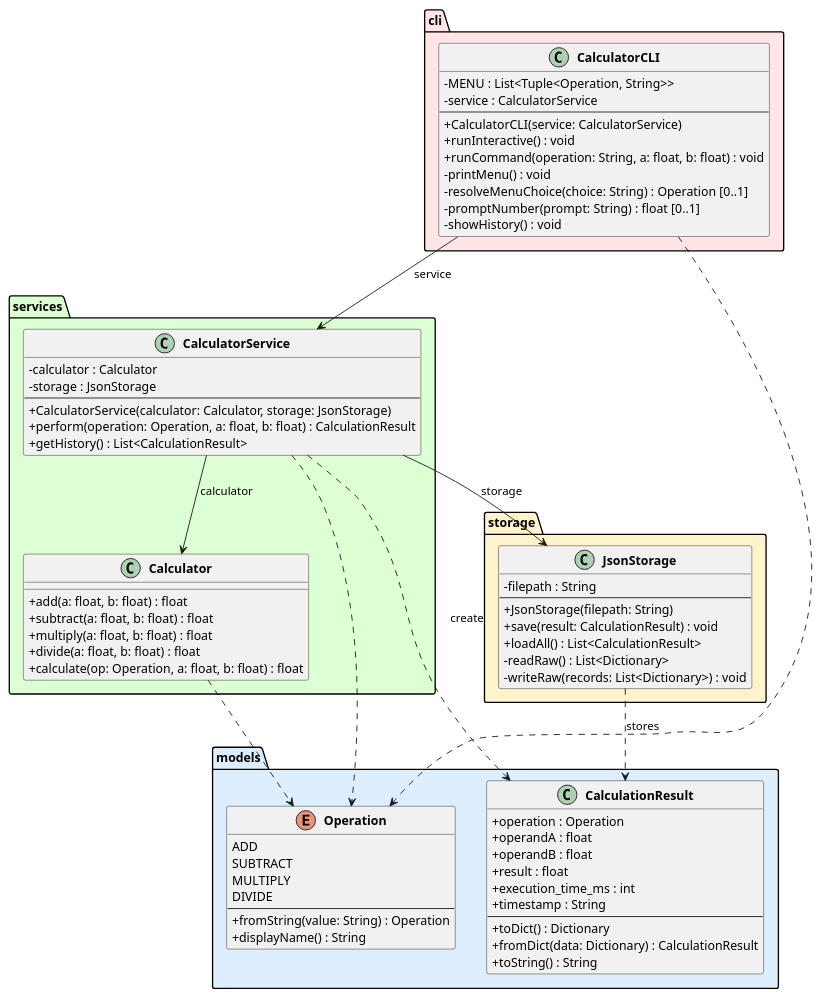
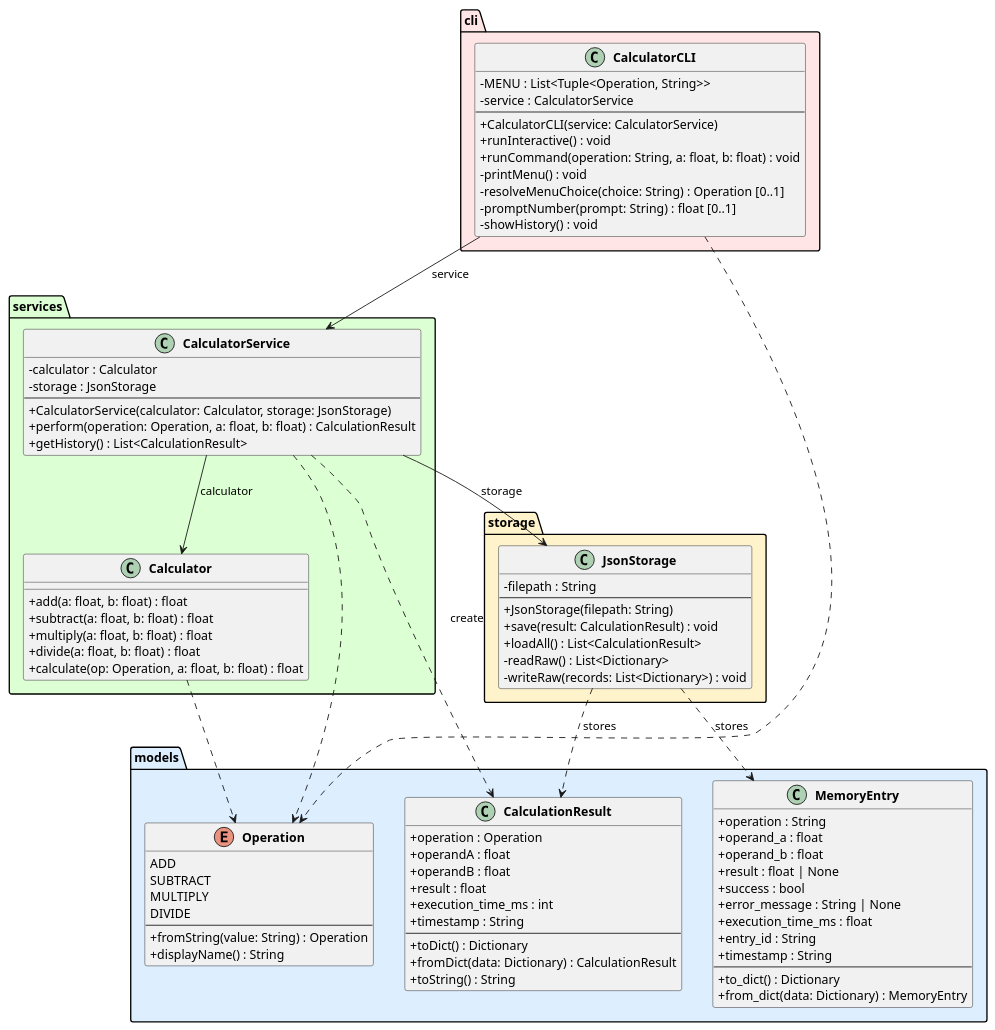
Before and after one commit to DanielRiha8906/Software_autoevolution_using_agents: the diagram in experiments/supervisor_as_tools/user_stories/calculator/artifacts/class_diagram.puml, drawn with PlantUML. The commit also changed 4 other files, not shown here.

```diff
--- a/experiments/supervisor_as_tools/user_stories/calculator/artifacts/class_diagram.puml
+++ b/experiments/supervisor_as_tools/user_stories/calculator/artifacts/class_diagram.puml
@@ -1,87 +1,103 @@
 @startuml class_diagram
 
 skinparam classAttributeIconSize 0
 skinparam classFontStyle bold
 
 package "models" #DDEEFF {
     enum Operation {
         ADD
         SUBTRACT
         MULTIPLY
         DIVIDE
         --
         +fromString(value: String) : Operation
         +displayName() : String
     }
 
     class CalculationResult {
         +operation : Operation
         +operandA : float
         +operandB : float
         +result : float
         +execution_time_ms : int
         +timestamp : String
         --
         +toDict() : Dictionary
         +fromDict(data: Dictionary) : CalculationResult
         +toString() : String
+    }
+
+    class MemoryEntry {
+        +operation : String
+        +operand_a : float
+        +operand_b : float
+        +result : float | None
+        +success : bool
+        +error_message : String | None
+        +execution_time_ms : float
+        +entry_id : String
+        +timestamp : String
+        --
+        +to_dict() : Dictionary
+        +from_dict(data: Dictionary) : MemoryEntry
     }
 }
 
 package "services" #DDFFD4 {
     class Calculator {
         +add(a: float, b: float) : float
         +subtract(a: float, b: float) : float
         +multiply(a: float, b: float) : float
         +divide(a: float, b: float) : float
         +calculate(op: Operation, a: float, b: float) : float
     }
 
     class CalculatorService {
         -calculator : Calculator
         -storage : JsonStorage
         --
         +CalculatorService(calculator: Calculator, storage: JsonStorage)
         +perform(operation: Operation, a: float, b: float) : CalculationResult
         +getHistory() : List<CalculationResult>
     }
 }
 
 package "storage" #FFF3CC {
     class JsonStorage {
         -filepath : String
         --
         +JsonStorage(filepath: String)
         +save(result: CalculationResult) : void
         +loadAll() : List<CalculationResult>
         -readRaw() : List<Dictionary>
         -writeRaw(records: List<Dictionary>) : void
     }
 }
 
 package "cli" #FFE5E5 {
     class CalculatorCLI {
         -MENU : List<Tuple<Operation, String>>
         -service : CalculatorService
         --
         +CalculatorCLI(service: CalculatorService)
         +runInteractive() : void
         +runCommand(operation: String, a: float, b: float) : void
         -printMenu() : void
         -resolveMenuChoice(choice: String) : Operation [0..1]
         -promptNumber(prompt: String) : float [0..1]
         -showHistory() : void
     }
 }
 
 CalculatorCLI --> CalculatorService : service
 CalculatorService --> Calculator : calculator
 CalculatorService --> JsonStorage : storage
 
 CalculatorService ..> CalculationResult : create
 CalculatorService ..> Operation
 CalculatorCLI ..> Operation
 Calculator ..> Operation
 JsonStorage ..> CalculationResult : stores
+JsonStorage ..> MemoryEntry : stores
 
 @enduml
```
